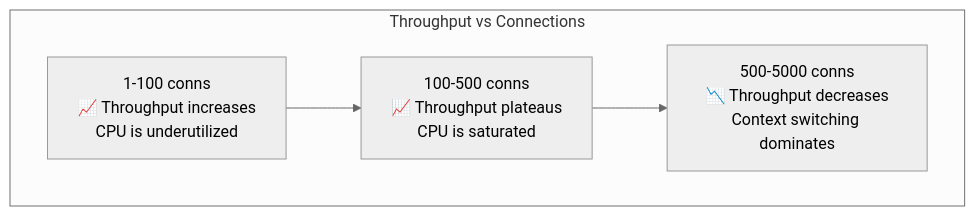
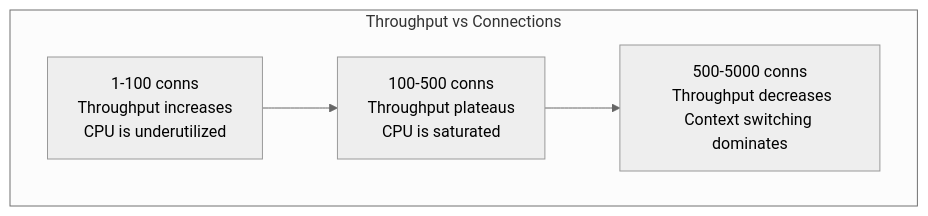
Before and after one commit to Vtheonly/Obsidian_Notes: the second of 3 diagrams in SWE/System Design/1 Million RPS Knowledge/Chapter 10. Database Performance/10.6 Maximum Connections.md, drawn with Mermaid (neutral theme). The commit also changed 1506 other files, not shown here.

````diff
--- a/SWE/System Design/1 Million RPS Knowledge/Chapter 10. Database Performance/10.6 Maximum Connections.md
+++ b/SWE/System Design/1 Million RPS Knowledge/Chapter 10. Database Performance/10.6 Maximum Connections.md
@@ -82,8 +82,8 @@
 ```mermaid
 graph LR
     subgraph "Throughput vs Connections"
         direction LR
-        A["1-100 conns<br/>📈 Throughput increases<br/>CPU is underutilized"] --> B["100-500 conns<br/>📈 Throughput plateaus<br/>CPU is saturated"]
-        B --> C["500-5000 conns<br/>📉 Throughput decreases<br/>Context switching dominates"]
+        A["1-100 conns<br/> Throughput increases<br/>CPU is underutilized"] --> B["100-500 conns<br/> Throughput plateaus<br/>CPU is saturated"]
+        B --> C["500-5000 conns<br/> Throughput decreases<br/>Context switching dominates"]
     end
 ```
````
